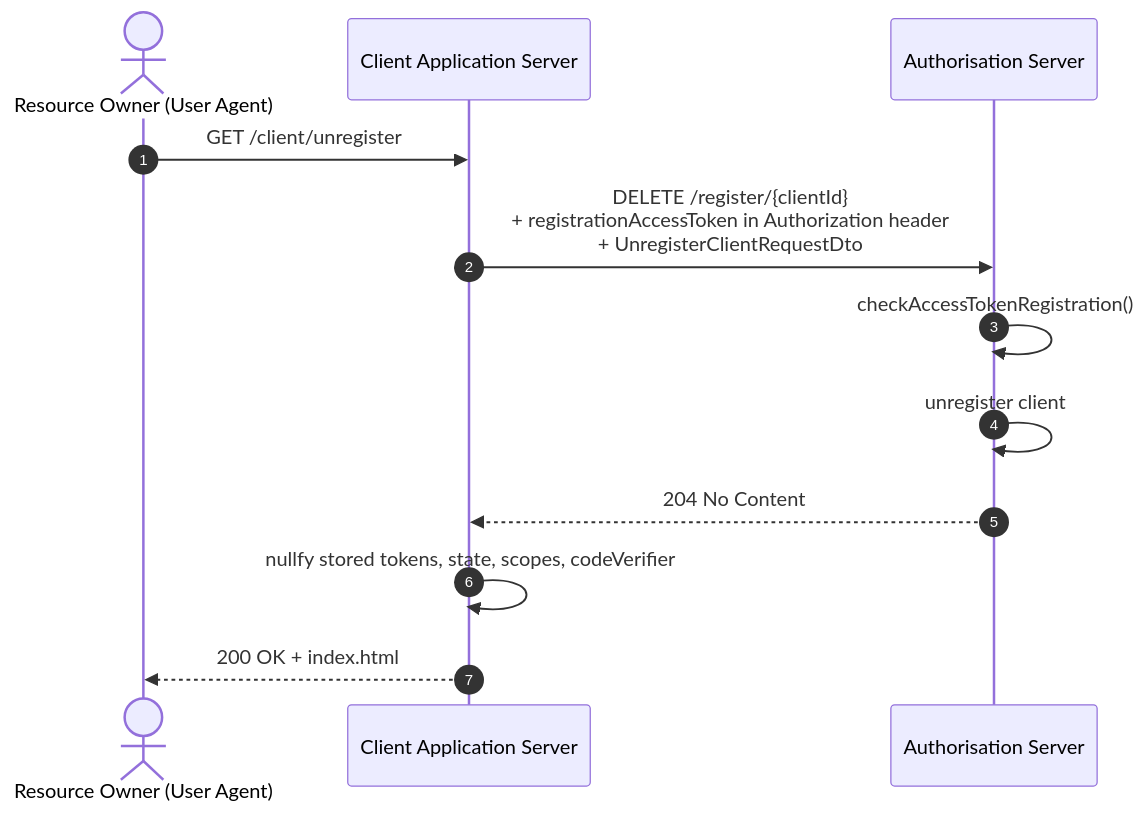
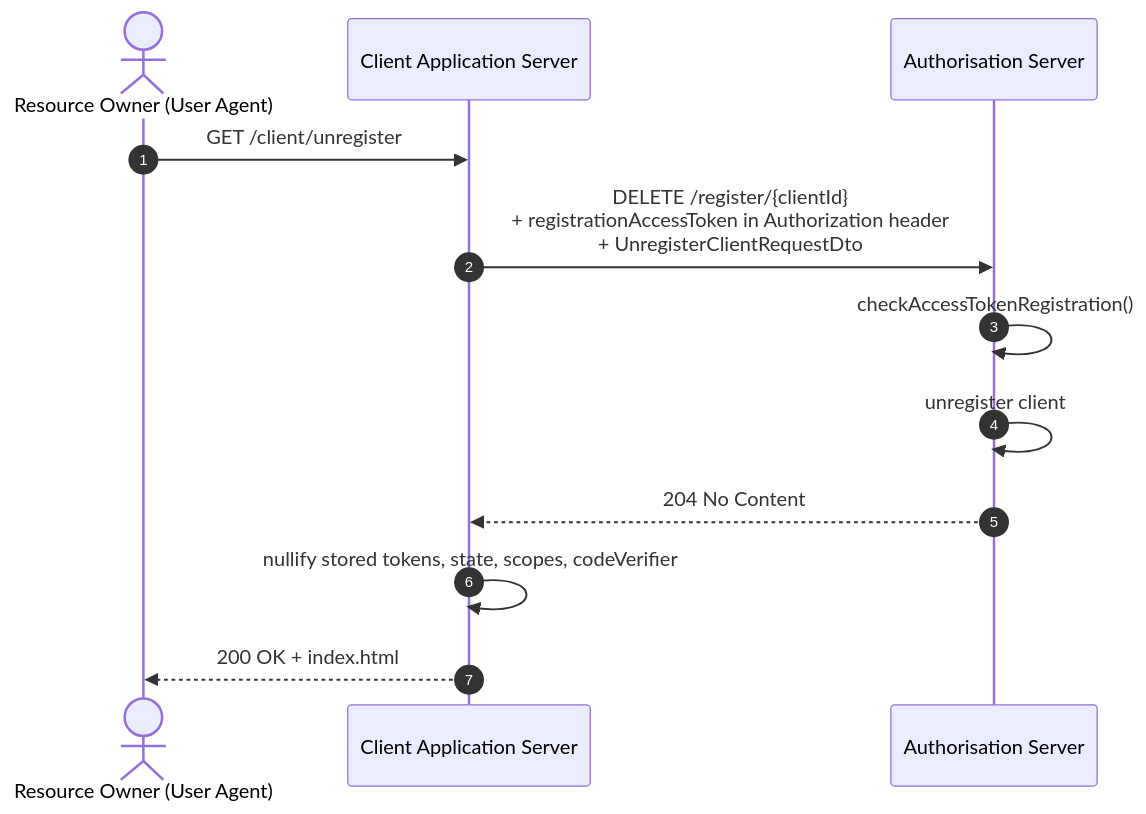
Before and after one commit to xyzsince2014/tokyomap-oauth: the diagram in docs/sequences/web_app/unregister_client.md, drawn with Mermaid. The commit also changed 5 other files, not shown here.

Commit message:
corrected sequence diagrams

````diff
--- a/docs/sequences/web_app/unregister_client.md
+++ b/docs/sequences/web_app/unregister_client.md
@@ -1,18 +1,18 @@
 ```mermaid
 sequenceDiagram
 autonumber
 
 actor user as Resource Owner (User Agent)
 participant app as Client Application Server
 participant auth as Authorisation Server
 
 user->>app: GET /client/unregister
 
 app->>auth: DELETE /register/{clientId}<br>+ registrationAccessToken in Authorization header<br> + UnregisterClientRequestDto
 auth->>auth: checkAccessTokenRegistration()
 auth->>auth: unregister client
 auth-->>app: 204 No Content
-app->>app: nullfy stored tokens, state, scopes, codeVerifier
+app->>app: nullify stored tokens, state, scopes, codeVerifier
 app-->>user: 200 OK + index.html
 
 ```
````
